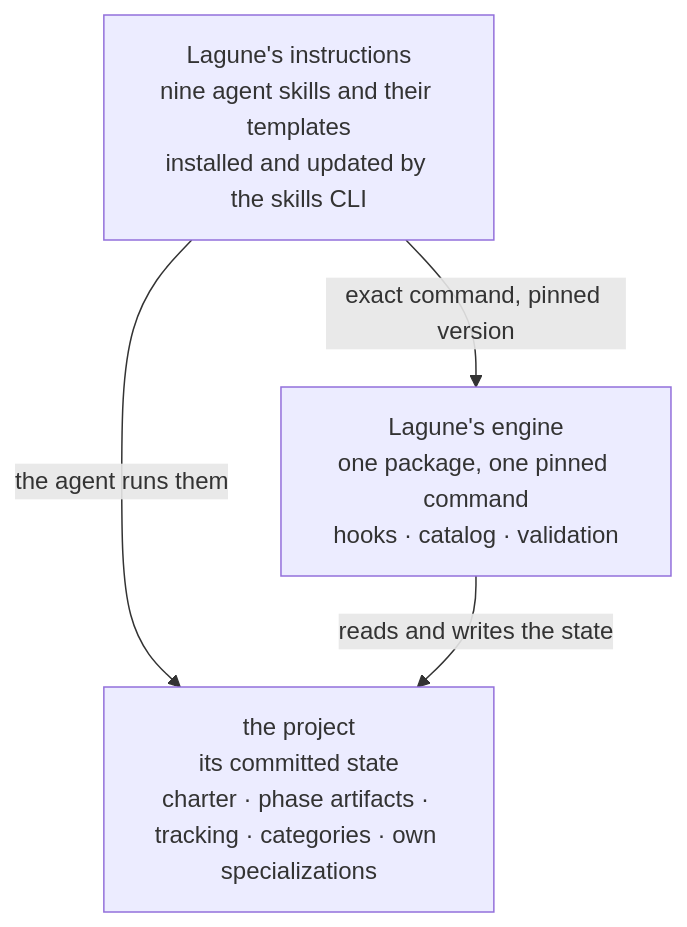
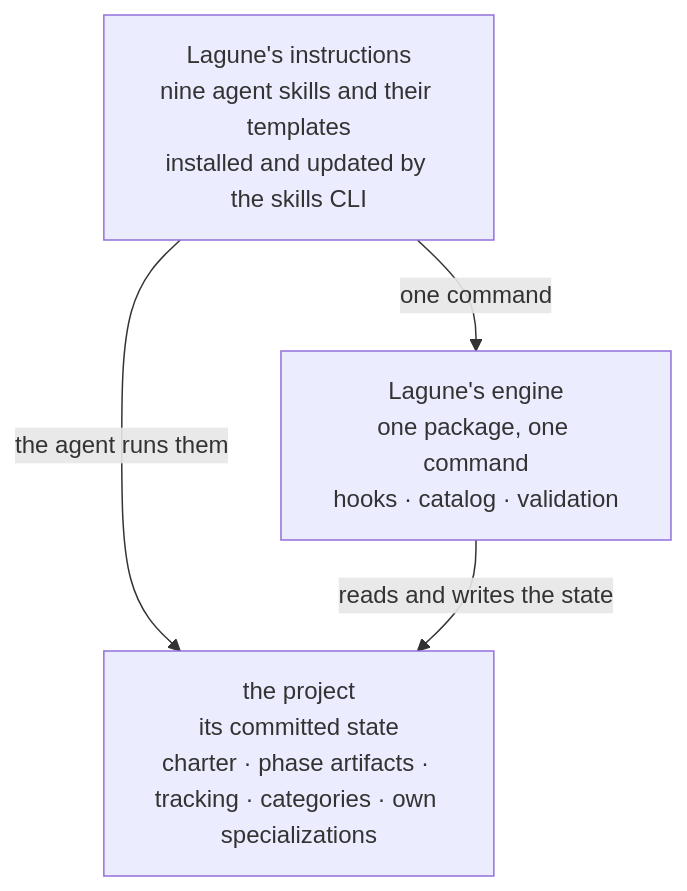
Before and after one commit to wellwelwel/lagune: the sixth of 7 diagrams in website/src/content/PAPER.mdx, drawn with Mermaid. The commit also changed other lines of this file and 55 other files, not shown here.

````diff
--- a/website/src/content/PAPER.mdx
+++ b/website/src/content/PAPER.mdx
@@ -378,9 +378,9 @@
 ```mermaid
 flowchart TB
     skills["Lagune's instructions<br/>nine agent skills and their templates<br/>installed and updated by the skills CLI"]
-    engine["Lagune's engine<br/>one package, one pinned command<br/>hooks · catalog · validation"]
+    engine["Lagune's engine<br/>one package, one command<br/>hooks · catalog · validation"]
     project["the project<br/>its committed state<br/>charter · phase artifacts · tracking · categories · own specializations"]
     skills -->|"the agent runs them"| project
-    skills -->|"exact command, pinned version"| engine
+    skills -->|"one command"| engine
     engine -->|"reads and writes the state"| project
 ```
````
